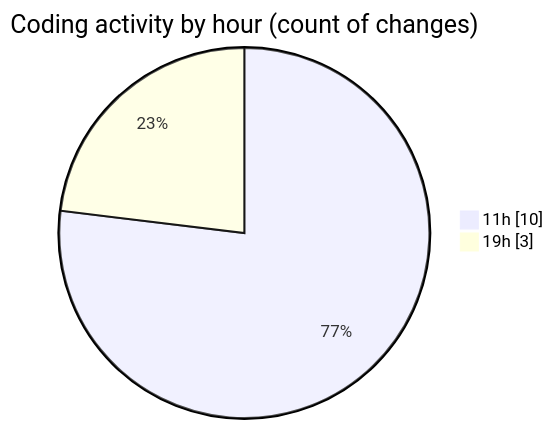
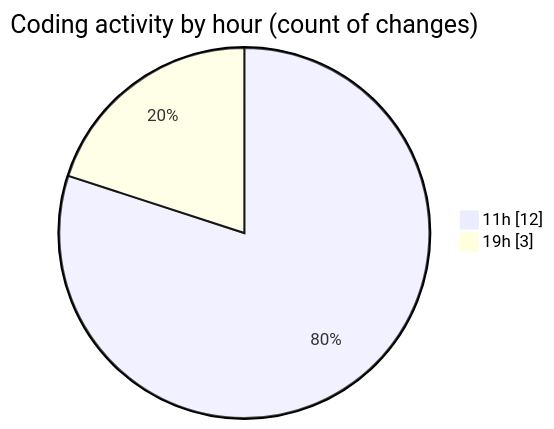
The second of 2 diagrams in 2025-12-14/nxtqube_webapp/README.md (nxtqubesakshisongat/code-tracking), drawn with Mermaid before and after one commit. The commit also changed other lines of this file and 1 other file, not shown here.

````diff
--- a/2025-12-14/nxtqube_webapp/README.md
+++ b/2025-12-14/nxtqube_webapp/README.md
@@ -31,6 +31,6 @@
 ```mermaid
 pie showData
 title Coding activity by hour (count of changes)
-"11h" : 10
+"11h" : 12
 "19h" : 3
 ```
````
